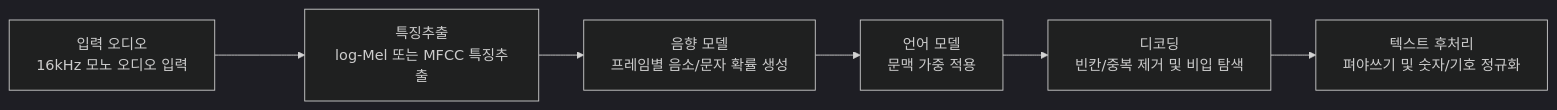
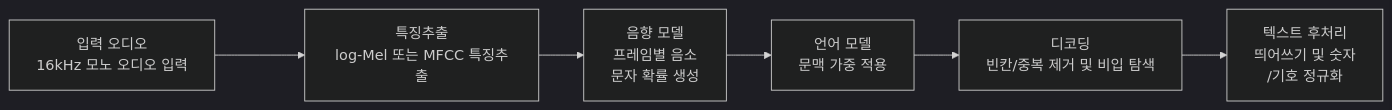
One commit to simpleego/AI_Perso changed the diagram in 2) 음성 데이터 TTS와 STT 음성 모델 개발/source/code01.md. Above: the diagram before and after it, drawn with Mermaid (dark theme).

````diff
--- a/2) 음성 데이터 TTS와 STT 음성 모델 개발/source/code01.md
+++ b/2) 음성 데이터 TTS와 STT 음성 모델 개발/source/code01.md
@@ -3,7 +3,7 @@
 ```mermaid
 graph LR
     A["입력 오디오<br/>16kHz 모노 오디오 입력"] --->
-    B["특징추출<br/>log-Mel 또는 MFCC 특징추출"] --> C["음향 모델<br/>프레임별 음소/문자 확률 생성"]
+    B["특징추출<br/>log-Mel 또는 MFCC 특징추출"] --> C["음향 모델<br/>프레임별 음소<br>문자 확률 생성"]
      --> D["언어 모델<br/>문맥 가중 적용"]     --> E["디코딩<br/>빈칸/중복 제거 및 비입 탐색"]
-     --> F["텍스트 후처리<br/>펴야쓰기 및 숫자/기호 정규화"]
+     --> F["텍스트 후처리<br/>띄어쓰기 및 숫자<br>/기호 정규화"]
 ```
````
